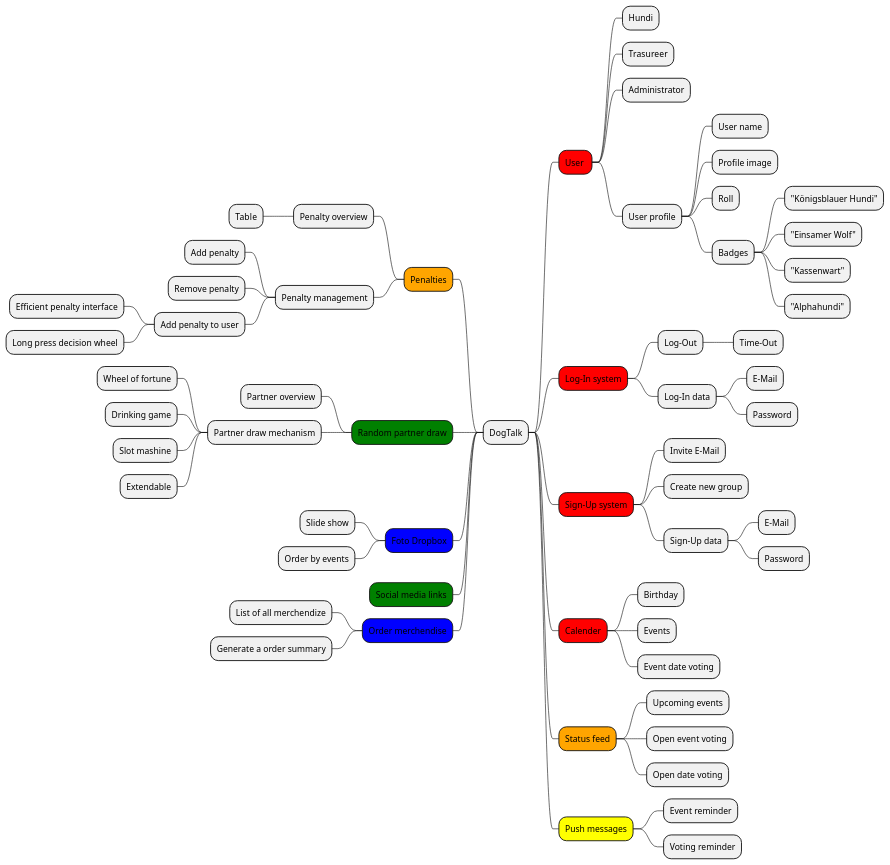
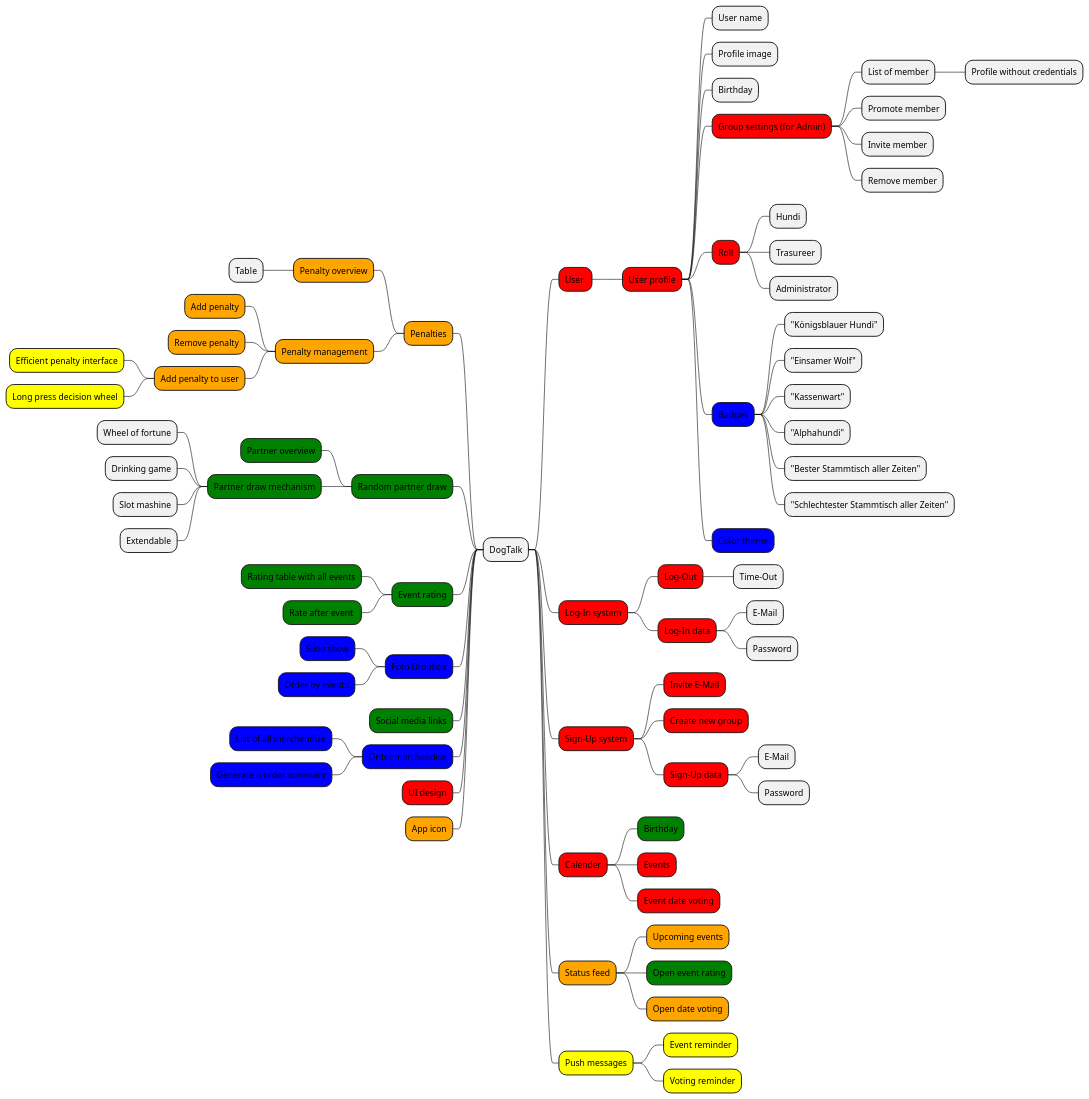
The diagram in requirementAnalysis/MindMap.wsd (Rockokockoloris/Hundi-App-UI), drawn with PlantUML before and after one commit. The commit also changed 3 other files, not shown here.

First line of the commit message:
docs(mindmap): update mindmap

```diff
--- a/requirementAnalysis/MindMap.wsd
+++ b/requirementAnalysis/MindMap.wsd
@@ -1,81 +1,98 @@
 @startmindmap
 ' Legend:
 ' Red: High priority
 ' Orange: medium priority
 ' Yellow: low priority
 ' Green: Very low priority
 ' Blue: Nice to have
 
 + DogTalk
 
 ++[#Red] User 
-+++ Hundi
-+++ Trasureer
-+++ Administrator
-+++ User profile
++++[#Red] User profile
 ++++ User name
 ++++ Profile image
-++++ Roll
-++++ Badges
+++++ Birthday
+++++[#Red] Group settings (for Admin)
++++++ List of member
+++++++ Profile without credentials
++++++ Promote member
++++++ Invite member
++++++ Remove member
+++++[#Red] Roll
++++++ Hundi
++++++ Trasureer
++++++ Administrator
+++++[#Blue] Badges
 +++++ "Königsblauer Hundi"
 +++++ "Einsamer Wolf"
 +++++ "Kassenwart"
 +++++ "Alphahundi"
++++++ "Bester Stammtisch aller Zeiten"
++++++ "Schlechtester Stammtisch aller Zeiten"
+++++[#Blue] Color theme
 
 ++[#Red] Log-In system
-+++ Log-Out
++++[#Red] Log-Out
 ++++ Time-Out
-+++ Log-In data
++++[#Red] Log-In data
 ++++ E-Mail
 ++++ Password
 
 ++[#Red] Sign-Up system
-+++ Invite E-Mail
-+++ Create new group
-+++ Sign-Up data
++++[#Red] Invite E-Mail
++++[#Red] Create new group
++++[#Red] Sign-Up data
 ++++ E-Mail
 ++++ Password
 
 ++[#Red] Calender
-+++ Birthday
-+++ Events
-+++ Event date voting
++++[#Green] Birthday
++++[#Red] Events
++++[#Red] Event date voting
 
 ++[#Orange] Status feed
-+++ Upcoming events
-+++ Open event voting
-+++ Open date voting
++++[#Orange] Upcoming events
++++[#Green] Open event rating
++++[#Orange] Open date voting
 
 ++[#Yellow] Push messages
-+++ Event reminder
-+++ Voting reminder
++++[#Yellow] Event reminder
++++[#Yellow] Voting reminder
 
 --[#Orange] Penalties
---- Penalty overview
+---[#Orange] Penalty overview
 ---- Table
---- Penalty management
----- Add penalty
----- Remove penalty
----- Add penalty to user
------ Efficient penalty interface
------ Long press decision wheel
+---[#Orange] Penalty management
+----[#Orange] Add penalty
+----[#Orange] Remove penalty
+----[#Orange] Add penalty to user
+-----[#Yellow] Efficient penalty interface
+-----[#Yellow] Long press decision wheel
 
 --[#Green] Random partner draw
---- Partner overview
---- Partner draw mechanism
+---[#Green] Partner overview
+---[#Green] Partner draw mechanism
 ---- Wheel of fortune
 ---- Drinking game
 ---- Slot mashine
 ---- Extendable
 
+--[#Green] Event rating
+---[#Green] Rating table with all events
+---[#Green] Rate after event 
+
 --[#Blue] Foto Dropbox
---- Slide show
---- Order by events
+---[#Blue] Slide show
+---[#Blue] Order by events
 
 --[#Green] Social media links
 
 --[#Blue] Order merchendise
---- List of all merchendize
---- Generate a order summary
+---[#Blue] List of all merchendize
+---[#Blue] Generate a order summary
 
+--[#Red] UI design
+
+--[#Orange] App icon
 @endmindmap
```
